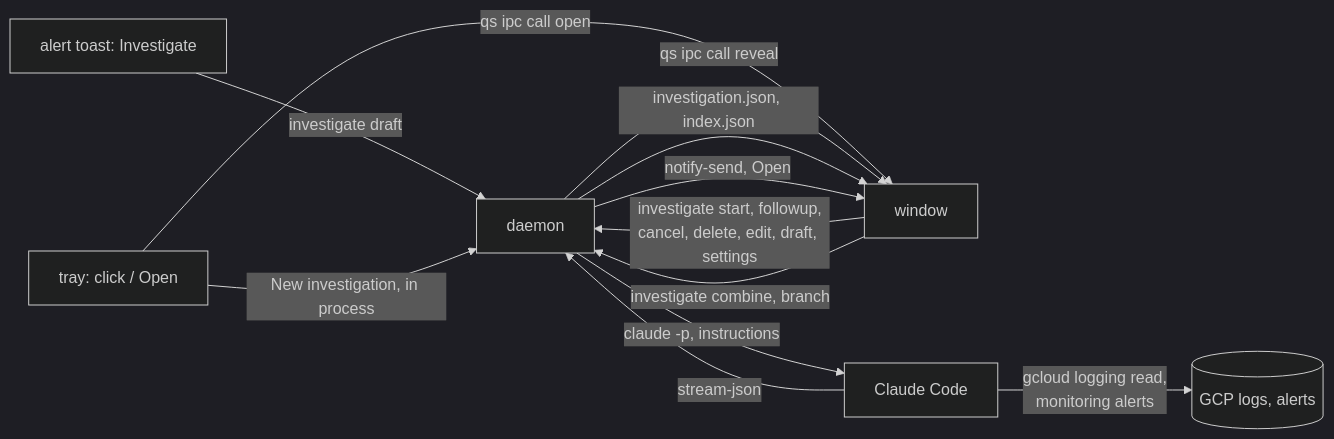
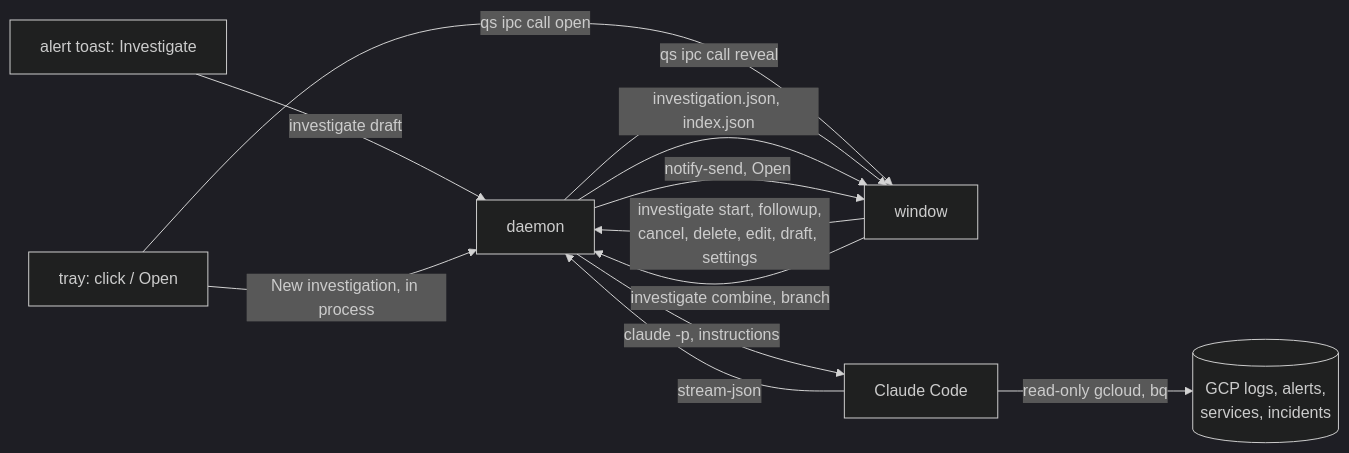
The diagram in nix/shared/system/kaizen/plugins/incident-investigator/README.md (fredrikaverpil/dotfiles), drawn with Mermaid (dark theme) before and after one commit. The commit also changed other lines of this file and 3 other files, not shown here.

First line of the commit message:
feat(kaizen): let investigations read managed services and incidents

````diff
--- a/nix/shared/system/kaizen/plugins/incident-investigator/README.md
+++ b/nix/shared/system/kaizen/plugins/incident-investigator/README.md
@@ -61,14 +61,14 @@
 ```mermaid
 flowchart LR
   toast["alert toast: Investigate"] -->|investigate draft| daemon
   tray["tray: click / Open"] -->|qs ipc call open| window
   tray -->|New investigation, in process| daemon
   daemon -->|qs ipc call reveal| window
   window -->|investigate start, followup,<br>cancel, delete, edit, draft, settings| daemon
   window -->|investigate combine, branch| daemon
   daemon -->|claude -p, instructions| claude["Claude Code"]
-  claude -->|gcloud logging read,<br>monitoring alerts| gcp[(GCP logs, alerts)]
+  claude -->|read-only gcloud, bq| gcp[(GCP logs, alerts,<br>services, incidents)]
   claude -->|stream-json| daemon
   daemon -->|investigation.json, index.json| window
   daemon -->|notify-send, Open| window
 ```
````
